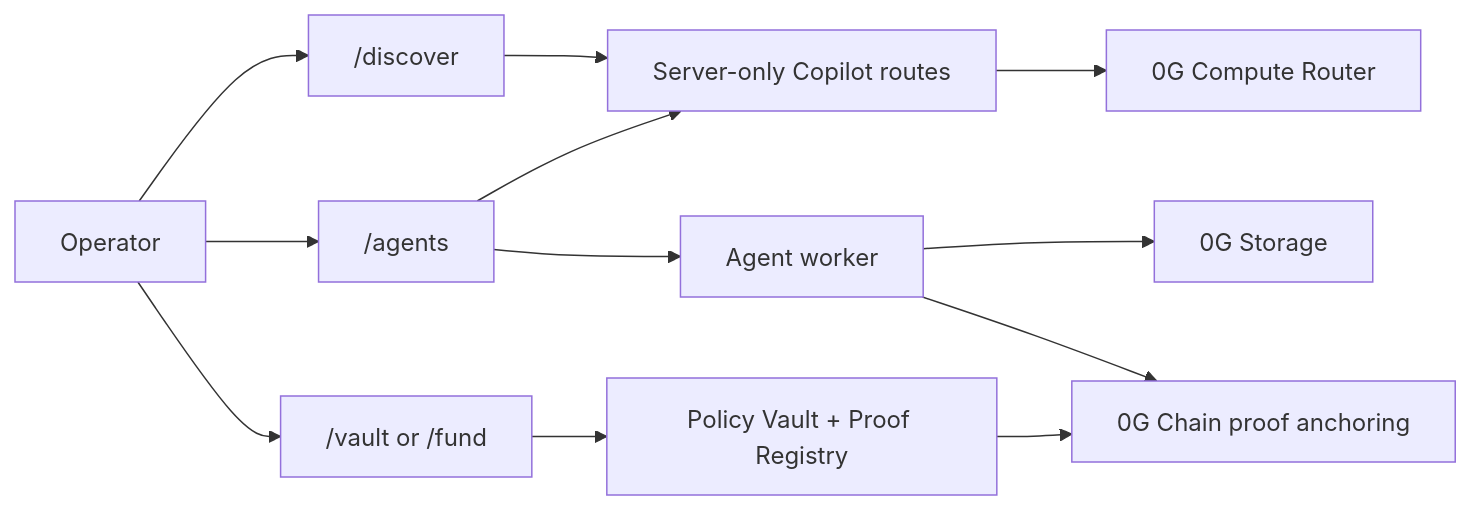
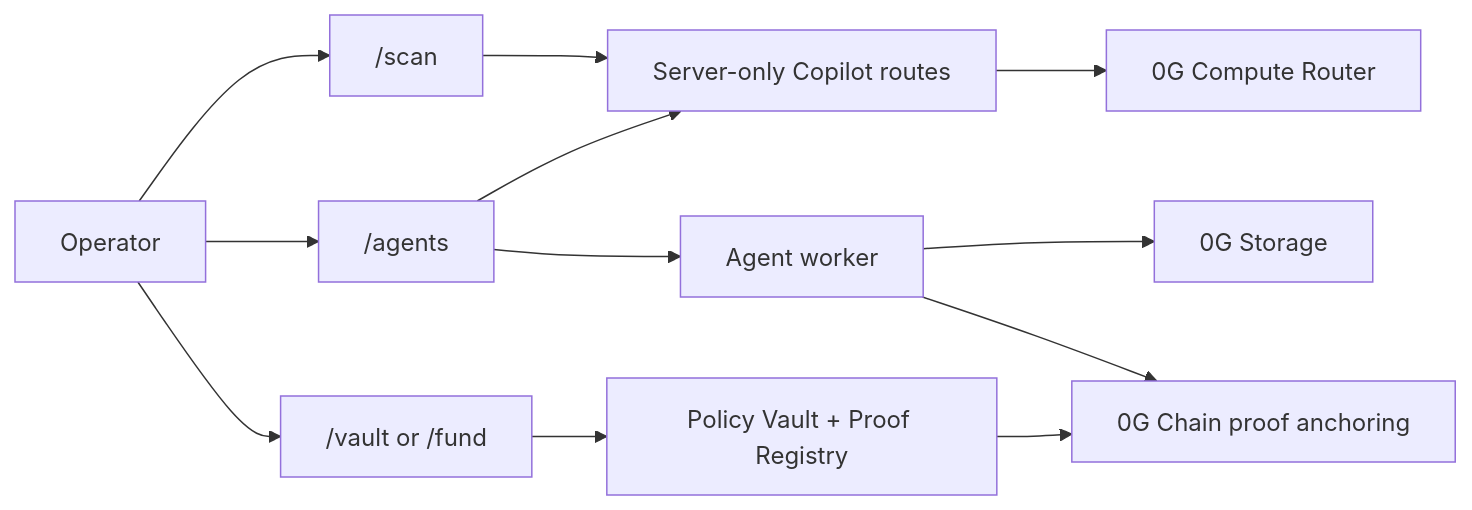
One commit to kann420/4lpha-0G changed the diagram in README.md. Above: the diagram before and after it, drawn with Mermaid. The commit also changed other lines of this file, not shown here.

Commit message:
Update README for AI Scan and vault deployments

````diff
--- a/README.md
+++ b/README.md
@@ -83,25 +49,25 @@
 ```mermaid
 flowchart LR
   User["Operator"]
-  Discover["/discover"]
+  Scan["/scan"]
   Agents["/agents"]
   Vault["/vault or /fund"]
   Chat["Server-only Copilot routes"]
   Compute["0G Compute Router"]
   Storage["0G Storage"]
   Chain["0G Chain proof anchoring"]
   Contracts["Policy Vault + Proof Registry"]
   Worker["Agent worker"]
 
-  User --> Discover
+  User --> Scan
   User --> Agents
   User --> Vault
-  Discover --> Chat
+  Scan --> Chat
   Agents --> Chat
   Chat --> Compute
   Agents --> Worker
   Worker --> Storage
   Worker --> Chain
   Vault --> Contracts
   Contracts --> Chain
 ```
````
